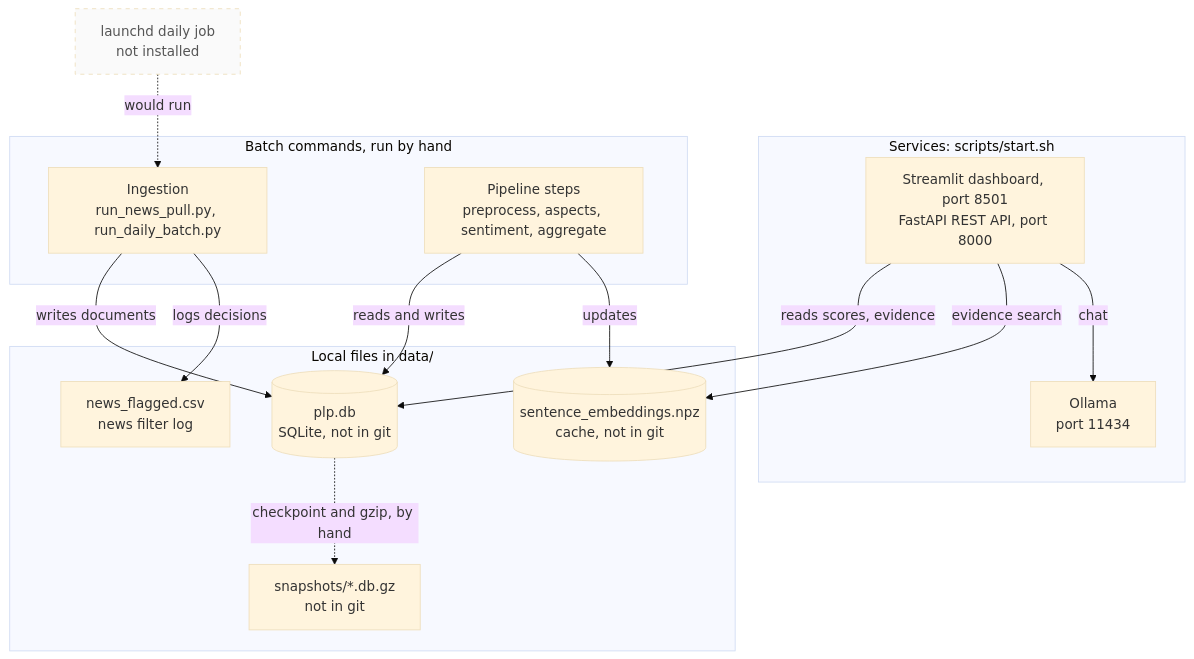
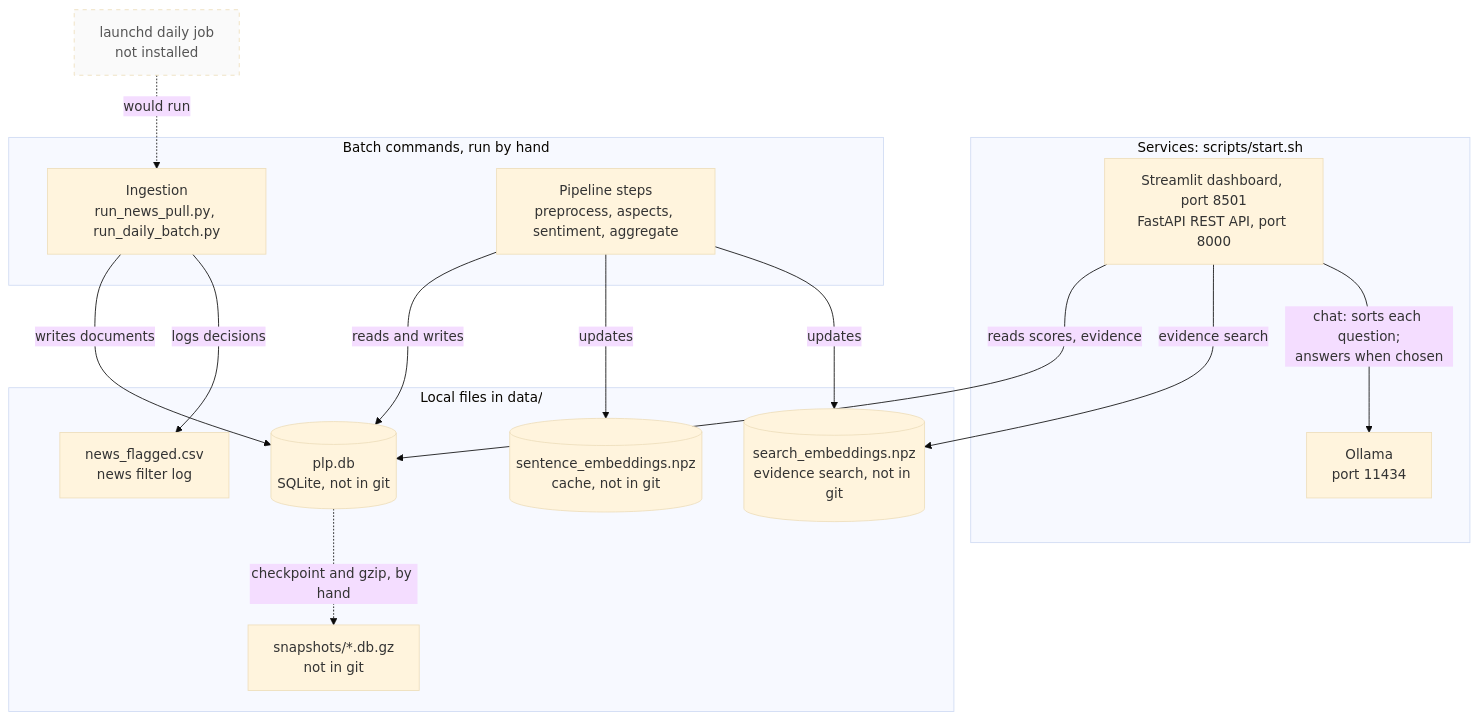
One commit to Gavingyh/plp-project changed the diagram in docs/diagrams/src/02-runtime.mmd. Above: the diagram before and after it, drawn with Mermaid (base theme). The commit also changed 32 other files, not shown here.

First line of the commit message:
Bring the diagrams up to date with the merged code

```diff
--- a/docs/diagrams/src/02-runtime.mmd
+++ b/docs/diagrams/src/02-runtime.mmd
@@ -1,35 +1,37 @@
 flowchart TB
   accTitle: Runtime view
   accDescr: Three services started by scripts/start.sh, the batch commands run by hand, and the local files each reads or writes.
 
   subgraph services["Services: scripts/start.sh"]
     ui["Streamlit dashboard, port 8501<br/>FastAPI REST API, port 8000"]
     oll["Ollama<br/>port 11434"]
   end
 
   subgraph files["Local files in data/"]
     db[("plp.db<br/>SQLite, not in git")]
     emb[("sentence_embeddings.npz<br/>cache, not in git")]
+    semb[("search_embeddings.npz<br/>evidence search, not in git")]
     flagged["news_flagged.csv<br/>news filter log"]
     snaps["snapshots/*.db.gz<br/>not in git"]
   end
 
   subgraph batch["Batch commands, run by hand"]
     pull["Ingestion<br/>run_news_pull.py, run_daily_batch.py"]
     pipe["Pipeline steps<br/>preprocess, aspects, sentiment, aggregate"]
   end
 
   plist["launchd daily job<br/>not installed"]
 
   ui -- "reads scores, evidence" --> db
-  ui -- "evidence search" --> emb
-  ui -- "chat" --> oll
+  ui -- "evidence search" --> semb
+  ui -- "chat: sorts each question;<br/>answers when chosen" --> oll
   pull -- "writes documents" --> db
   pull -- "logs decisions" --> flagged
   pipe -- "reads and writes" --> db
   pipe -- "updates" --> emb
+  pipe -- "updates" --> semb
   db -. "checkpoint and gzip, by hand" .-> snaps
   plist -. "would run" .-> pull
 
   classDef inactive stroke-dasharray: 5 5,color:#555,fill:#fafafa;
   class plist inactive;
```
